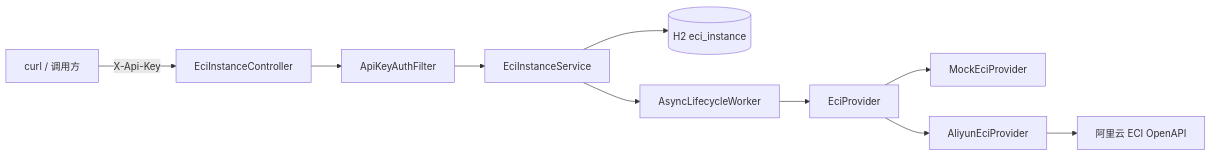
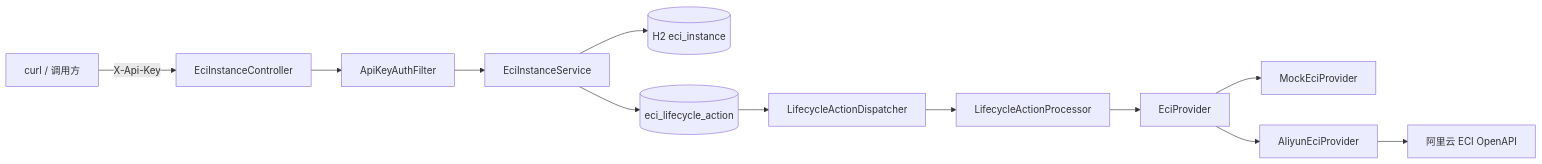
Before and after one commit to XJI1234/XJICloud: the first of 2 diagrams in eci-manager/docs/设计与使用说明.md, drawn with Mermaid. The commit also changed other lines of this file and 83 other files, not shown here.

````diff
--- a/eci-manager/docs/设计与使用说明.md
+++ b/eci-manager/docs/设计与使用说明.md
@@ -106,12 +107,14 @@
 ```mermaid
 flowchart LR
   Client["curl / 调用方"] -->|"X-Api-Key"| API["EciInstanceController"]
   API --> Auth["ApiKeyAuthFilter"]
   Auth --> Svc["EciInstanceService"]
   Svc --> DB[(H2 eci_instance)]
-  Svc --> Worker["AsyncLifecycleWorker"]
-  Worker --> Prov["EciProvider"]
+  Svc --> Actions[(eci_lifecycle_action)]
+  Actions --> Dispatcher["LifecycleActionDispatcher"]
+  Dispatcher --> Processor["LifecycleActionProcessor"]
+  Processor --> Prov["EciProvider"]
   Prov --> Mock["MockEciProvider"]
   Prov --> Aliyun["AliyunEciProvider"]
   Aliyun --> Cloud["阿里云 ECI OpenAPI"]
 ```
````
